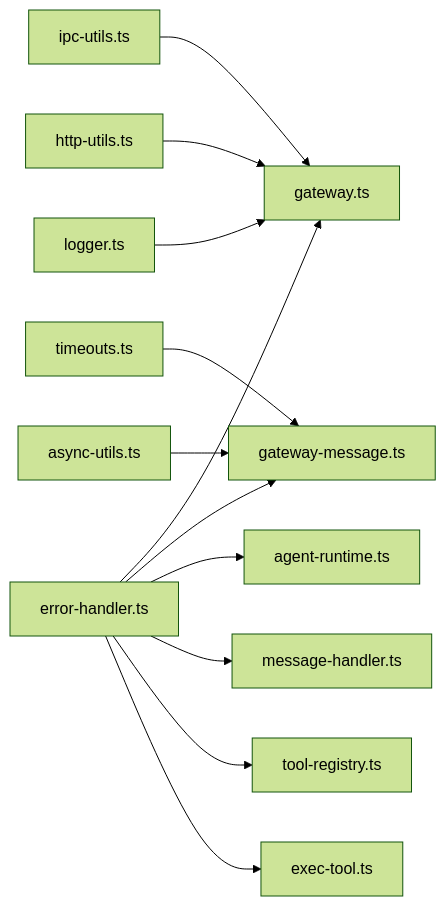
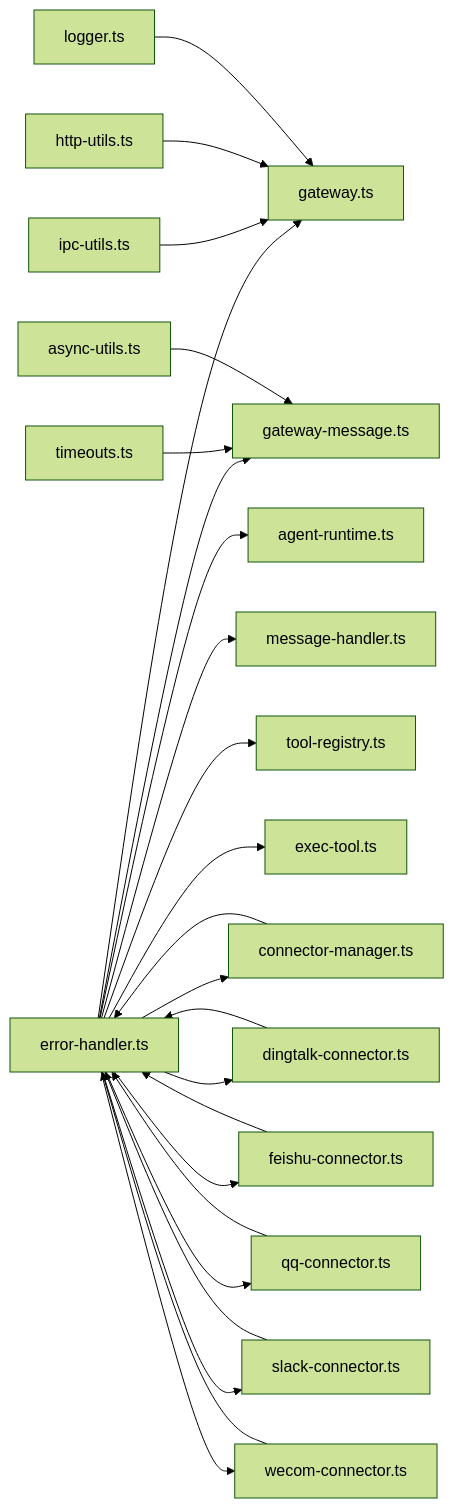
The eighth of 8 diagrams in .qoder/repowiki/zh/content/故障排除和调试/错误处理.md (HEROhuqinchao/deepbot), drawn with Mermaid (forest theme) before and after one commit. The commit also changed other lines of this file and 8 other files, not shown here.

````diff
--- a/.qoder/repowiki/zh/content/故障排除和调试/错误处理.md
+++ b/.qoder/repowiki/zh/content/故障排除和调试/错误处理.md
@@ -281,14 +420,26 @@
 ```mermaid
 graph LR
 EH["error-handler.ts"] --> GW["gateway.ts"]
 EH --> GMH["gateway-message.ts"]
 EH --> ART["agent-runtime.ts"]
 EH --> MH["message-handler.ts"]
 EH --> TR["tool-registry.ts"]
 EH --> ET["exec-tool.ts"]
+EH --> CM["connector-manager.ts"]
+EH --> DC["dingtalk-connector.ts"]
+EH --> FC["feishu-connector.ts"]
+EH --> QC["qq-connector.ts"]
+EH --> SC["slack-connector.ts"]
+EH --> WC["wecom-connector.ts"]
 IPC["ipc-utils.ts"] --> GW
 HTTP["http-utils.ts"] --> GW
 LOG["logger.ts"] --> GW
 TO["timeouts.ts"] --> GMH
 AU["async-utils.ts"] --> GMH
+CM --> EH
+DC --> EH
+FC --> EH
+QC --> EH
+SC --> EH
+WC --> EH
 ```
````
